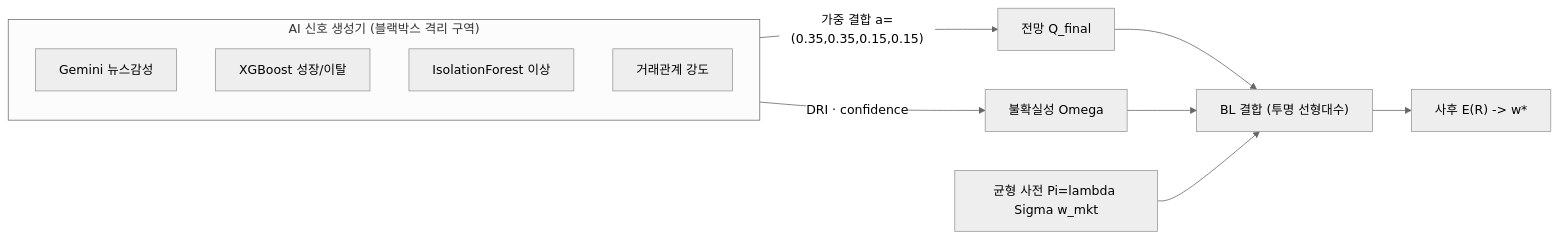
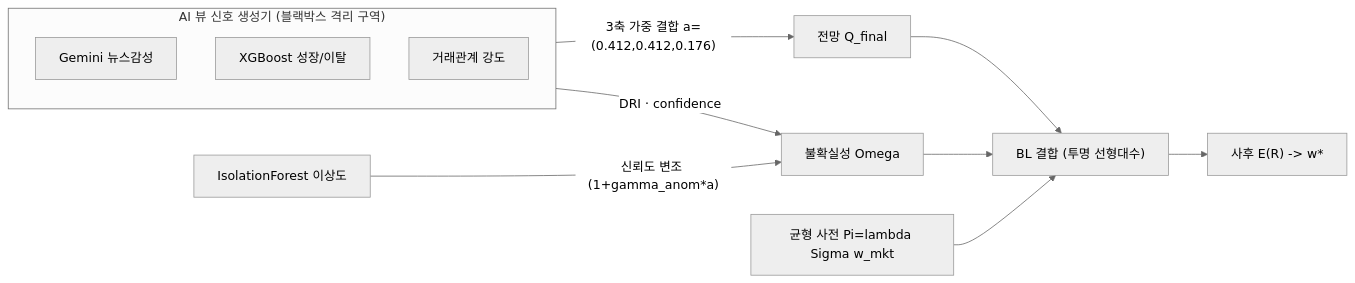
The first of 2 diagrams in docs/concept/04-ai-augmentation-and-explainability.md (blunderblus/black_litterman_project), drawn with Mermaid (neutral theme) before and after one commit. The commit also changed other lines of this file and 26 other files, not shown here.

````diff
--- a/docs/concept/04-ai-augmentation-and-explainability.md
+++ b/docs/concept/04-ai-augmentation-and-explainability.md
@@ -43,15 +43,16 @@
 ```mermaid
 flowchart LR
-  subgraph SIG["AI 신호 생성기 (블랙박스 격리 구역)"]
+  subgraph SIG["AI 뷰 신호 생성기 (블랙박스 격리 구역)"]
     G["Gemini 뉴스감성"]
     X["XGBoost 성장/이탈"]
-    I["IsolationForest 이상"]
     R["거래관계 강도"]
   end
-  SIG -->|"가중 결합 a=(0.35,0.35,0.15,0.15)"| Q["전망 Q_final"]
+  I["IsolationForest 이상도"]
+  SIG -->|"3축 가중 결합 a=(0.412,0.412,0.176)"| Q["전망 Q_final"]
   SIG -->|"DRI · confidence"| OM["불확실성 Omega"]
+  I -->|"신뢰도 변조 (1+gamma_anom*a)"| OM
   Q --> BL["BL 결합 (투명 선형대수)"]
   OM --> BL
   PI["균형 사전 Pi=lambda Sigma w_mkt"] --> BL
   BL --> ER["사후 E(R) -> w*"]
 ```
````
